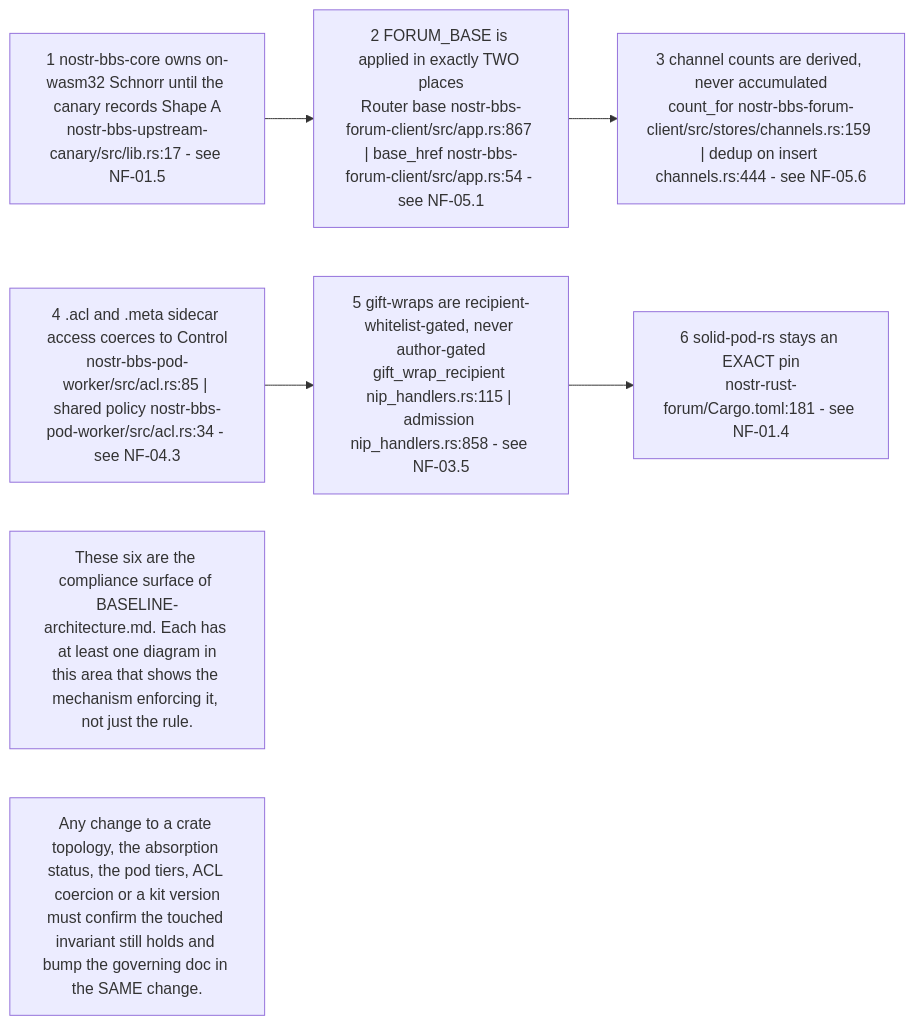
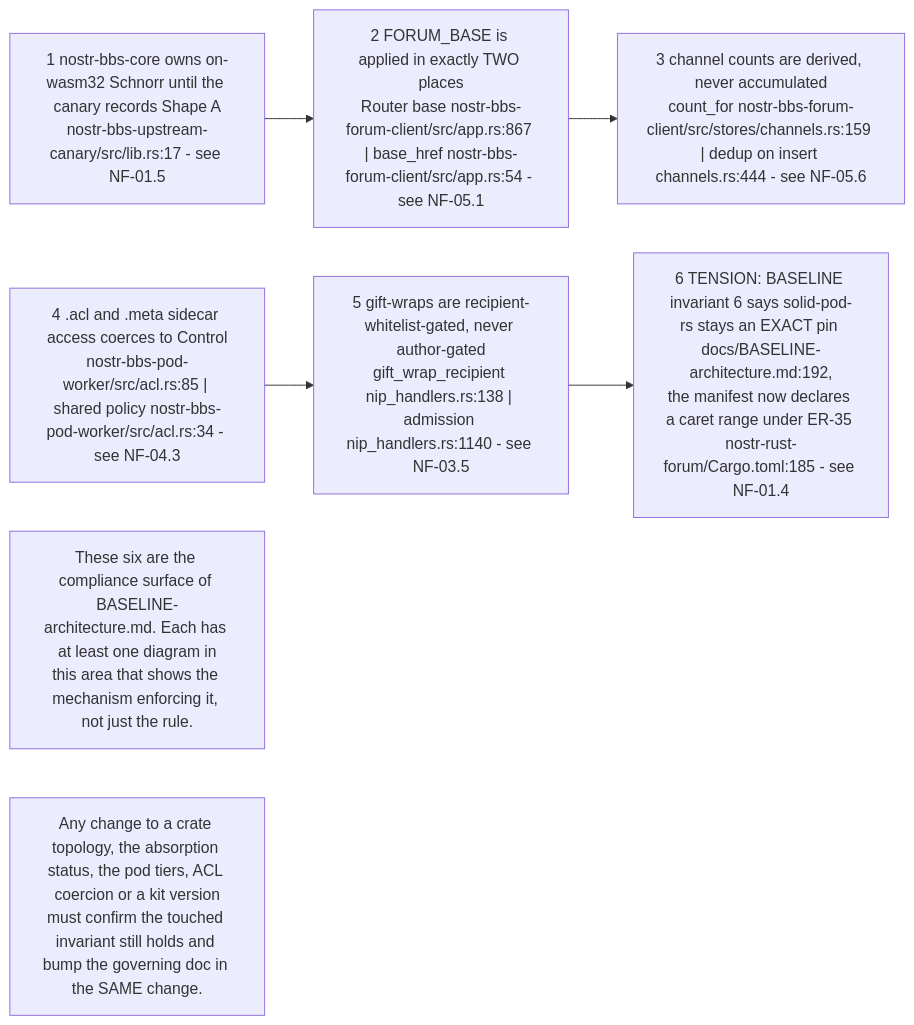
The first of 10 diagrams in docs/diagrams/nostr-rust-forum/10-invariants-and-anomaly-register.md (DreamLab-AI/VisionFlow), drawn with Mermaid before and after one commit. The commit also changed other lines of this file and 160 other files, not shown here.

````diff
--- a/docs/diagrams/nostr-rust-forum/10-invariants-and-anomaly-register.md
+++ b/docs/diagrams/nostr-rust-forum/10-invariants-and-anomaly-register.md
@@ -59,15 +64,15 @@
 ```mermaid
 flowchart LR
     I1["1 nostr-bbs-core owns on-wasm32 Schnorr until the canary records Shape A<br/>nostr-bbs-upstream-canary/src/lib.rs:17 - see NF-01.5"]
     I2["2 FORUM_BASE is applied in exactly TWO places<br/>Router base nostr-bbs-forum-client/src/app.rs:867 | base_href nostr-bbs-forum-client/src/app.rs:54 - see NF-05.1"]
     I3["3 channel counts are derived, never accumulated<br/>count_for nostr-bbs-forum-client/src/stores/channels.rs:159 | dedup on insert channels.rs:444 - see NF-05.6"]
     I4["4 .acl and .meta sidecar access coerces to Control<br/>nostr-bbs-pod-worker/src/acl.rs:85 | shared policy nostr-bbs-pod-worker/src/acl.rs:34 - see NF-04.3"]
-    I5["5 gift-wraps are recipient-whitelist-gated, never author-gated<br/>gift_wrap_recipient nip_handlers.rs:115 | admission nip_handlers.rs:858 - see NF-03.5"]
-    I6["6 solid-pod-rs stays an EXACT pin<br/>nostr-rust-forum/Cargo.toml:181 - see NF-01.4"]
+    I5["5 gift-wraps are recipient-whitelist-gated, never author-gated<br/>gift_wrap_recipient nip_handlers.rs:138 | admission nip_handlers.rs:1140 - see NF-03.5"]
+    I6["6 TENSION: BASELINE invariant 6 says solid-pod-rs stays an EXACT pin docs/BASELINE-architecture.md:192,<br/>the manifest now declares a caret range under ER-35 nostr-rust-forum/Cargo.toml:185 - see NF-01.4"]
 
     I1 --> I2 --> I3
     I4 --> I5 --> I6
 
     N1["These six are the compliance surface of BASELINE-architecture.md. Each has at least one diagram in<br/>this area that shows the mechanism enforcing it, not just the rule."]
     N2["Any change to a crate topology, the absorption status, the pod tiers, ACL coercion or a kit version<br/>must confirm the touched invariant still holds and bump the governing doc in the SAME change."]
 ```
````
